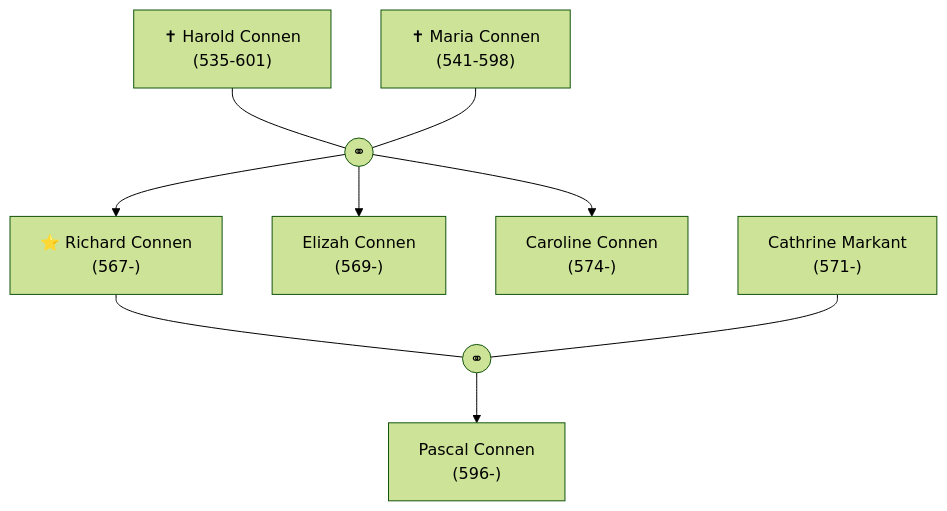
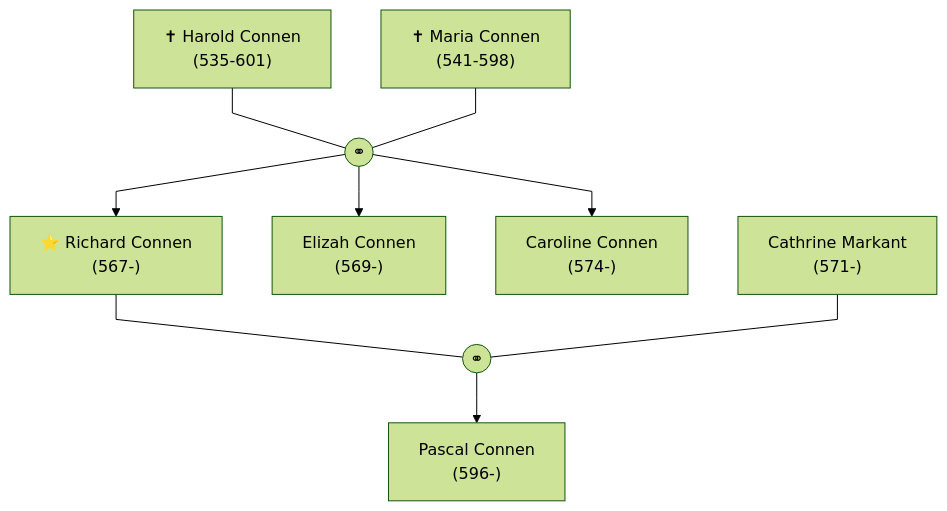
One commit to TheFabzie/book_lore changed the diagram in content/charaktere/familien/connen.md. Above: the diagram before and after it, drawn with Mermaid (forest theme).

Commit message:
Stammbaum

````diff
--- a/content/charaktere/familien/connen.md
+++ b/content/charaktere/familien/connen.md
@@ -7,37 +7,40 @@
 ```mermaid
 
 flowchart TB
+  linkStyle default interpolate linear
+
   harold_connen["✝ Harold Connen<br/>(535-601)"]
   maria_connen["✝ Maria Connen<br/>(541-598)"]
   e1((⚭))
 
   harold_connen --- e1
   maria_connen --- e1
 
   richard_connen["⭐ Richard Connen<br/>(567-)"]
   elizah_connen["Elizah Connen<br/>(569-)"]
   caroline_connen["Caroline Connen<br/>(574-)"]
 
   e1 --> richard_connen
   e1 --> elizah_connen
   e1 --> caroline_connen
 
   cathrine_markant["Cathrine Markant<br/>(571-)"]
   e2((⚭))
 
   richard_connen --- e2
   cathrine_markant --- e2
 
   pascal_connen["Pascal Connen<br/>(596-)"]
   e2 --> pascal_connen
 
   click harold_connen "/charaktere/harold-connen"
   click maria_connen "/charaktere/maria-connen"
   click richard_connen "/charaktere/richard-connen"
   click elizah_connen "/charaktere/elizah-connen"
   click caroline_connen "/charaktere/caroline-connen"
   click cathrine_markant "/charaktere/cathrine-markant"
   click pascal_connen "/charaktere/pascal-connen"
 
 
+
 ```
````
